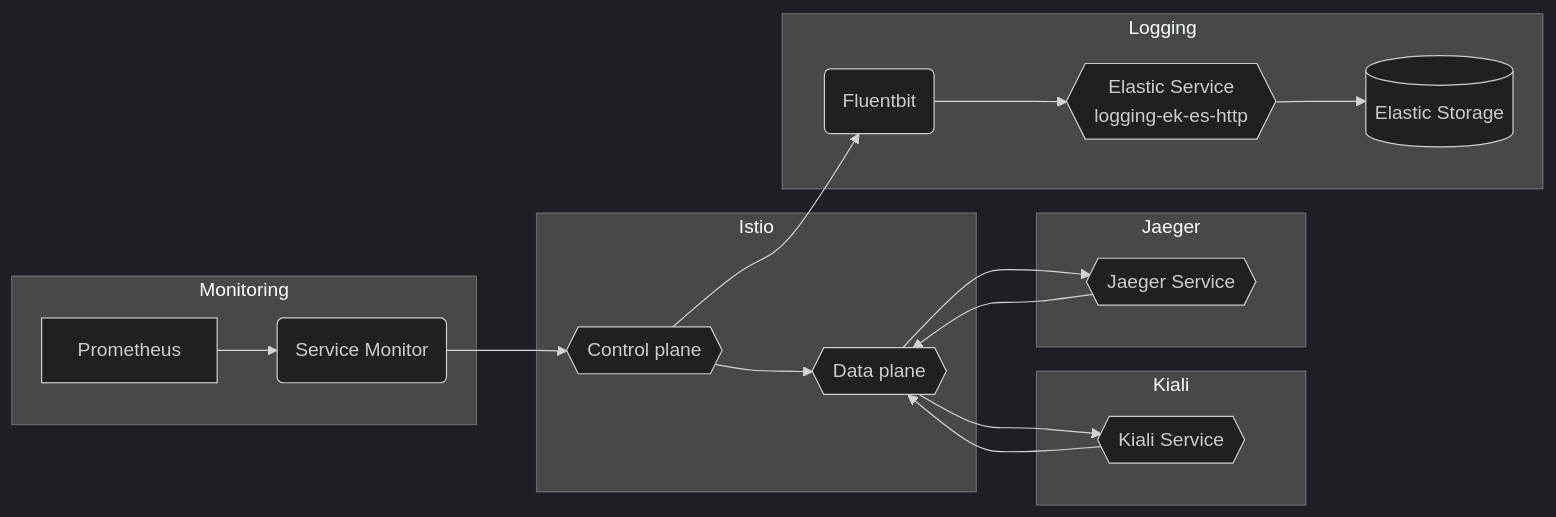
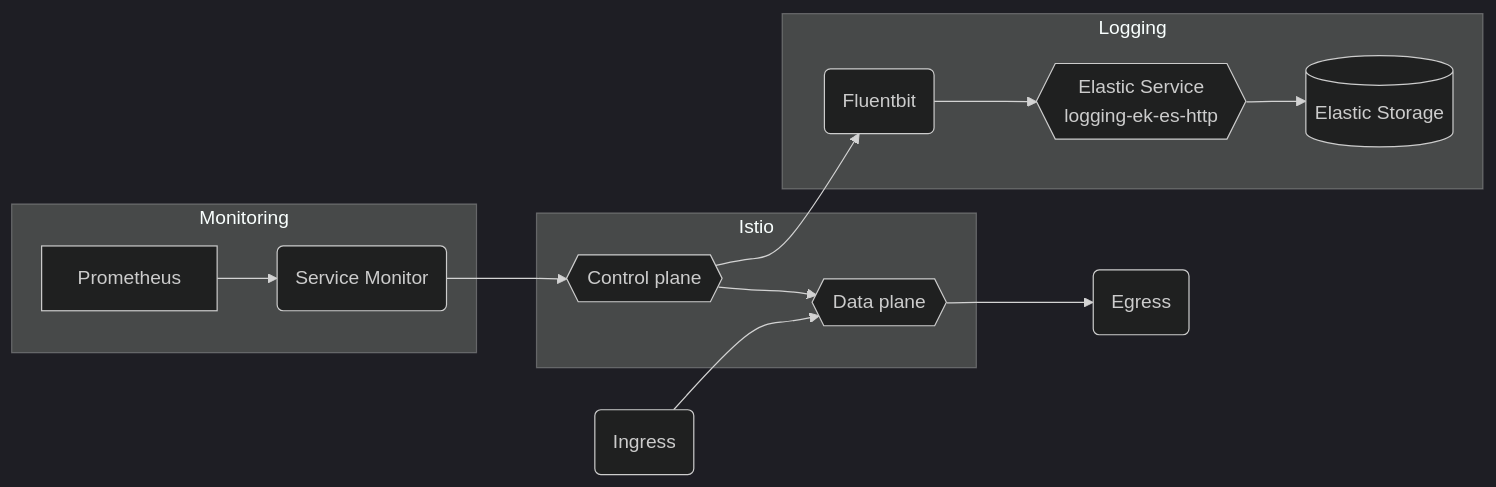
The diagram in charter/packages/istio/Architecture.md (rjferguson21/big-bang), drawn with Mermaid (dark theme) before and after one commit.

Commit message:
remove kiali/jaeger from istio mermaid

````diff
--- a/charter/packages/istio/Architecture.md
+++ b/charter/packages/istio/Architecture.md
@@ -8,27 +8,20 @@
 ```mermaid
 graph LR
   subgraph "Istio"
     istioservice1{{"Control plane"}} --> istioservice2
     istioservice2{{"Data plane"}} 
   end      
   
-  subgraph "Kiali"
-    kialiservice{{"Kiali Service"}} --> istioservice2
-    istioservice2 --> kialiservice
-  end
-
-  subgraph "Jaeger"
-    jaegerservice{{"Jaeger Service"}} --> istioservice2
-    istioservice2 --> jaegerservice
-  end
+  igpod("Ingress") --> istioservice2
+  istioservice2 --> egpod("Egress")
 
   subgraph "Logging"
     istioservice1 --> fluent(Fluentbit) --> logging-ek-es-http
     logging-ek-es-http{{Elastic Service<br />logging-ek-es-http}} --> elastic[(Elastic Storage)]
   end
 
   subgraph "Monitoring"
     svcmonitor("Service Monitor") --> istioservice1
     Prometheus --> svcmonitor("Service Monitor")
   end
 ```
````
